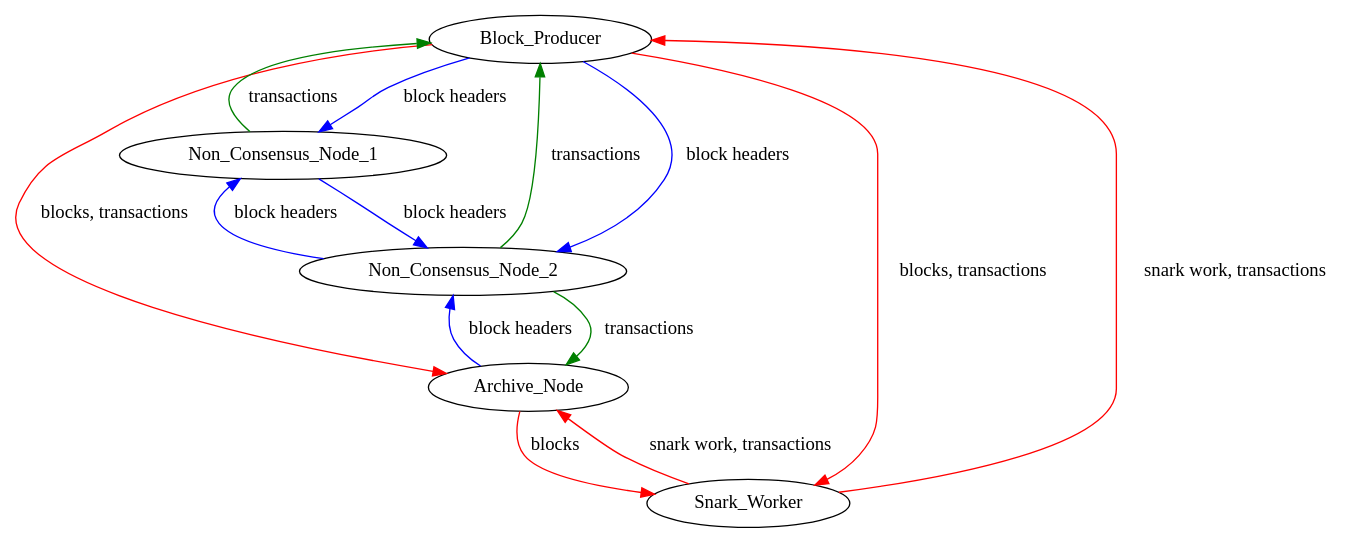
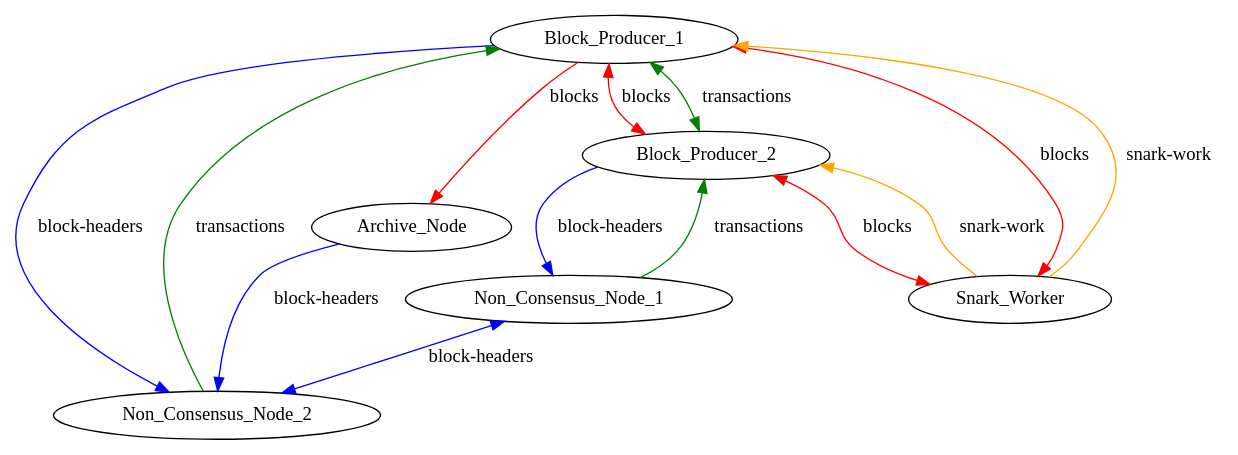
Before and after one commit to MinaProtocol/mina: the diagram in docs/res/non_consensus_gossip.dot, drawn with Graphviz. The commit also changed 2 other files, not shown here.

```diff
--- a/docs/res/non_consensus_gossip.dot
+++ b/docs/res/non_consensus_gossip.dot
@@ -1,21 +1,20 @@
 digraph G {
+    Block_Producer_1 -> Non_Consensus_Node_2 [label="block-headers", color=blue];
+    Block_Producer_1 -> Block_Producer_2 [label="blocks", color=red, dir="both"];
+    Block_Producer_1 -> Block_Producer_2 [label="transactions", color=green, dir="both"];
+    Block_Producer_1 -> Archive_Node [label="blocks", color=red];
+    
+    Block_Producer_2 -> Snark_Worker  [label="blocks", color=red, dir="both"];
+    Block_Producer_2 -> Non_Consensus_Node_1 [label="block-headers",color=blue];
 
-    Block_Producer -> Non_Consensus_Node_1 [label="block headers",color=blue];
-    Non_Consensus_Node_1 -> Non_Consensus_Node_2 [label="block headers", color=blue];
-    Non_Consensus_Node_2 -> Non_Consensus_Node_1 [label="block headers", color=blue];
+    Snark_Worker -> Block_Producer_1 [label="blocks", color=red, dir="both"];    
+    Snark_Worker -> Block_Producer_1 [label="snark-work", color=orange];
+    Snark_Worker -> Block_Producer_2 [label="snark-work", color=orange];
 
-    Block_Producer -> Non_Consensus_Node_2 [label="block headers", color=blue];
+    Archive_Node -> Non_Consensus_Node_2 [label="block-headers", color=blue];
 
-    Snark_Worker -> Block_Producer [label="snark work, transactions", color=red];
-    Block_Producer -> Snark_Worker [label="blocks, transactions", color=red];
-    Block_Producer -> Archive_Node [label="blocks, transactions", color=red];
-    Snark_Worker -> Archive_Node [label="snark work, transactions", color=red];
-    Archive_Node -> Snark_Worker [label="blocks", color=red];
-
-    Archive_Node -> Non_Consensus_Node_2 [label="block headers", color=blue];
-
-    Non_Consensus_Node_1 -> Block_Producer [label="transactions", color=green];
-    Non_Consensus_Node_2 -> Block_Producer [label="transactions", color=green];
-    Non_Consensus_Node_2 -> Archive_Node [label="transactions", color=green];
+    Non_Consensus_Node_1 -> Block_Producer_2 [label="transactions", color=green];
+    Non_Consensus_Node_2 -> Block_Producer_1 [label="transactions", color=green];
+    Non_Consensus_Node_1 -> Non_Consensus_Node_2 [label="block-headers", color=blue, dir="both"];
 
 }
```
